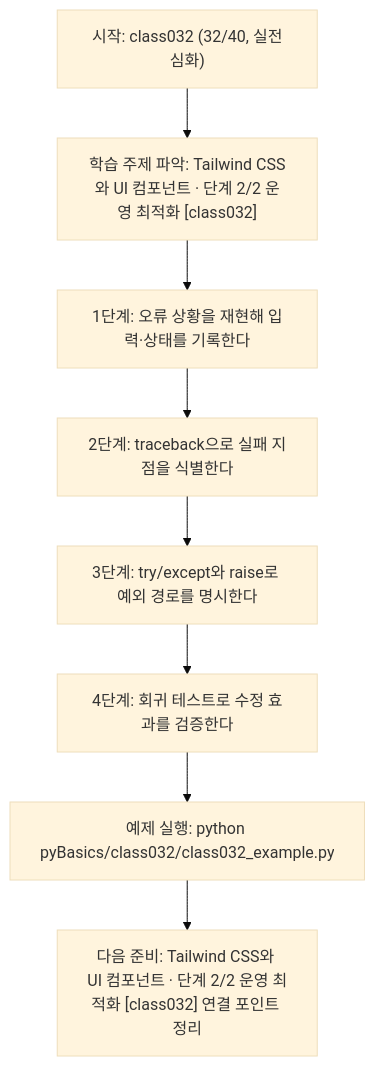
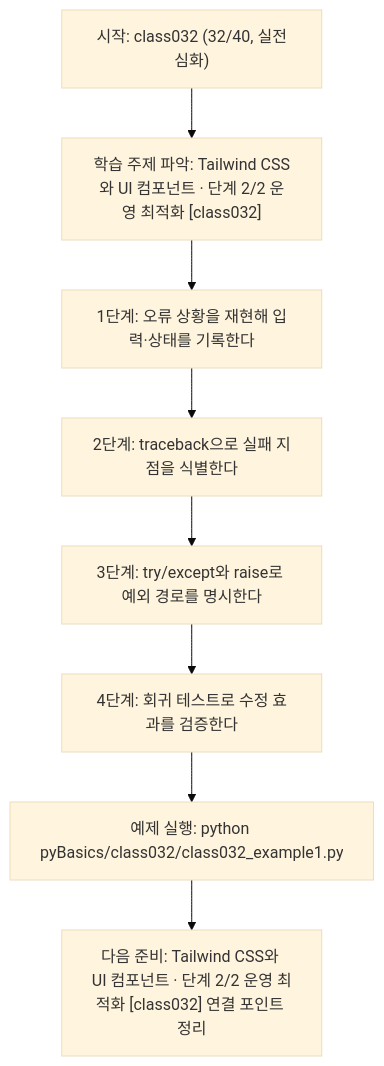
One commit to edumgt/Python-AI_Agent-Class changed the diagram in pyBasics/class032/class032.md. Above: the diagram before and after it, drawn with Mermaid (base theme). The commit also changed other lines of this file and 2959 other files, not shown here.

````diff
--- a/pyBasics/class032/class032.md
+++ b/pyBasics/class032/class032.md
@@ -108,18 +108,18 @@
 ```mermaid
 flowchart TD
 N1["시작: class032 (32/40, 실전심화)"]
 N2["학습 주제 파악: Tailwind CSS와 UI 컴포넌트 · 단계 2/2 운영 최적화 [class032]"]
 N3["1단계: 오류 상황을 재현해 입력·상태를 기록한다"]
 N4["2단계: traceback으로 실패 지점을 식별한다"]
 N5["3단계: try/except와 raise로 예외 경로를 명시한다"]
 N6["4단계: 회귀 테스트로 수정 효과를 검증한다"]
-N7["예제 실행: python pyBasics/class032/class032_example.py"]
+N7["예제 실행: python pyBasics/class032/class032_example1.py"]
 N8["다음 준비: Tailwind CSS와 UI 컴포넌트 · 단계 2/2 운영 최적화 [class032] 연결 포인트 정리"]
 N1 --> N2
 N2 --> N3
 N3 --> N4
 N4 --> N5
 N5 --> N6
 N6 --> N7
 N7 --> N8
 ```
````
